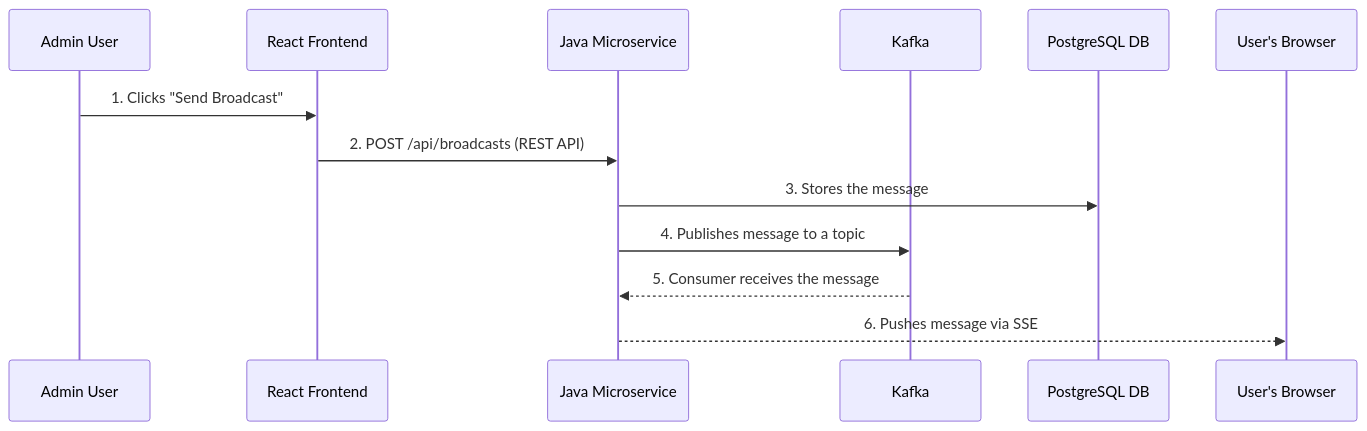
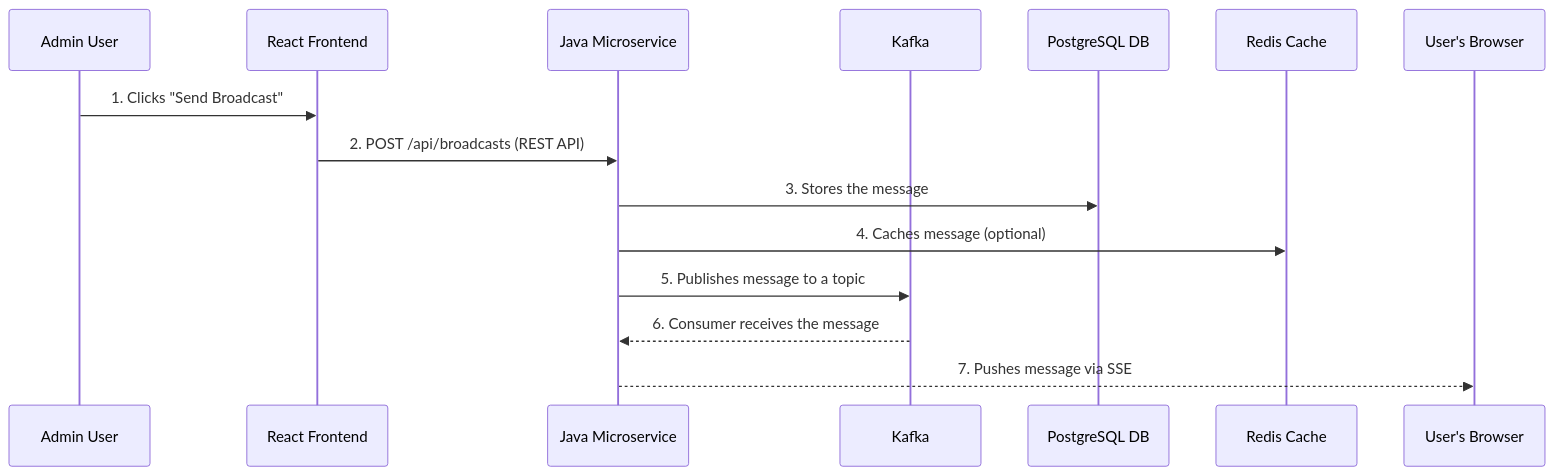
The diagram in docs/01_system_architecture.md (rsrini7/Notification-SSE-GLM-Flux), drawn with Mermaid before and after one commit. The commit also changed other lines of this file and 11 other files, not shown here.

````diff
--- a/docs/01_system_architecture.md
+++ b/docs/01_system_architecture.md
@@ -23,16 +25,18 @@
 ```mermaid
 sequenceDiagram
     participant Admin as Admin User
     participant Frontend as React Frontend
     participant Backend as Java Microservice
     participant Kafka
-    participant Database as PostgreSQL DB
+    participant DB as PostgreSQL DB
+    participant Redis as Redis Cache
     participant User as User's Browser
 
     Admin->>Frontend: 1. Clicks "Send Broadcast"
     Frontend->>Backend: 2. POST /api/broadcasts (REST API)
-    Backend->>Database: 3. Stores the message
-    Backend->>Kafka: 4. Publishes message to a topic
-    Kafka-->>Backend: 5. Consumer receives the message
-    Backend-->>User: 6. Pushes message via SSE
+    Backend->>DB: 3. Stores the message
+    Backend->>Redis: 4. Caches message (optional)
+    Backend->>Kafka: 5. Publishes message to a topic
+    Kafka-->>Backend: 6. Consumer receives the message
+    Backend-->>User: 7. Pushes message via SSE
 ```
````
